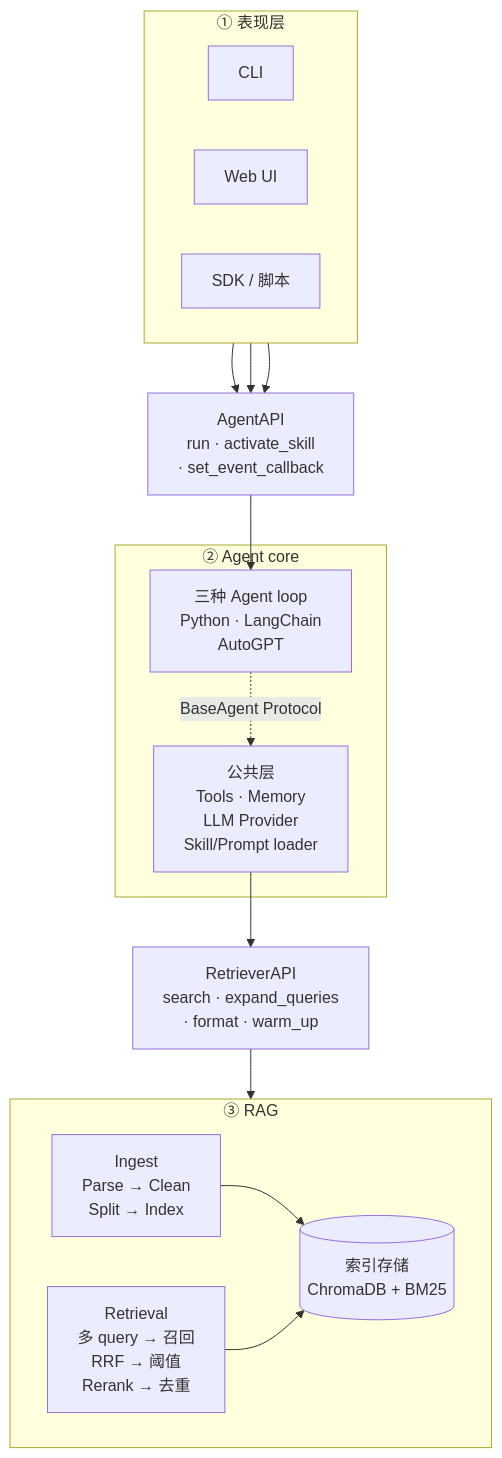
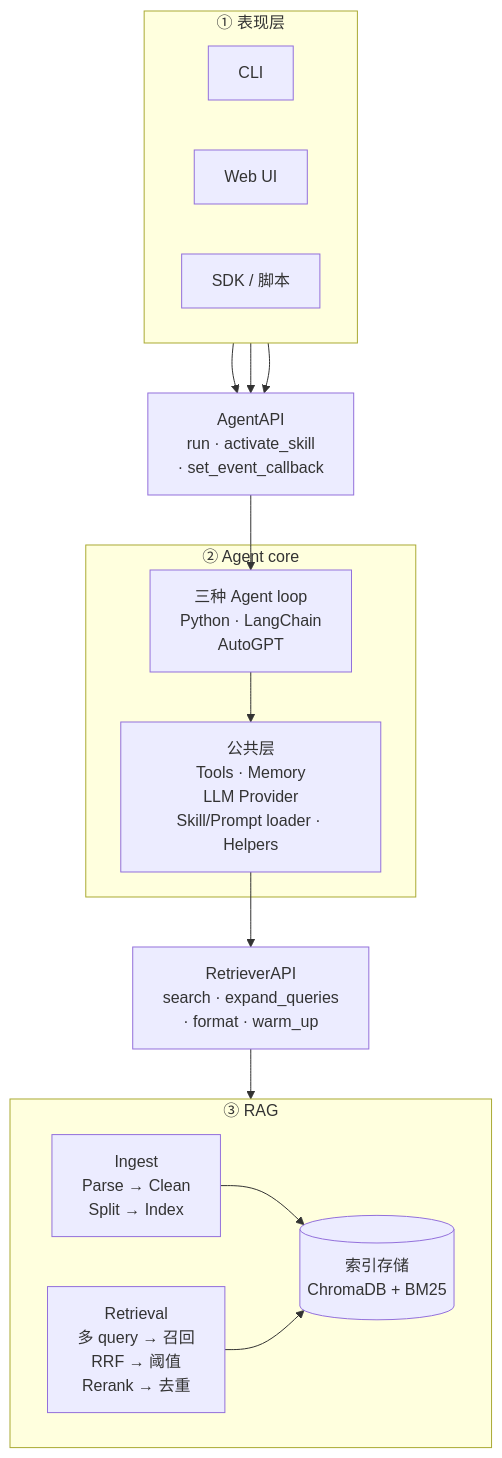
One commit to michaelwangzhenan/AgentA changed the first of 13 diagrams in docs/design.md. Above: the diagram before and after it, drawn with Mermaid. The commit also changed other lines of this file and 33 other files, not shown here.

````diff
--- a/docs/design.md
+++ b/docs/design.md
@@ -27,35 +27,35 @@
 ```mermaid
 flowchart TB
     subgraph PRESENT["① 表现层"]
         direction LR
         CLI["CLI"]
         WEB["Web UI"]
         SDK["SDK / 脚本"]
     end
 
     AAPI["AgentAPI<br/>run · activate_skill<br/>· set_event_callback"]
 
     subgraph AGENT["② Agent core"]
         IMP["三种 Agent loop<br/>Python · LangChain<br/>AutoGPT"]
-        SHARED["公共层<br/>Tools · Memory<br/>LLM Provider<br/>Skill/Prompt loader"]
-        IMP -.->|"BaseAgent Protocol"| SHARED
+        SHARED["公共层<br/>Tools · Memory<br/>LLM Provider<br/>Skill/Prompt loader · Helpers"]
+        IMP --> SHARED
     end
 
     RAPI["RetrieverAPI<br/>search · expand_queries<br/>· format · warm_up"]
 
     subgraph RAG_BOX["③ RAG"]
         direction LR
         ING["Ingest<br/>Parse → Clean<br/>Split → Index"]
         IDX[("索引存储<br/>ChromaDB + BM25")]
         RET["Retrieval<br/>多 query → 召回<br/>RRF → 阈值<br/>Rerank → 去重"]
         ING --> IDX
         RET --> IDX
     end
 
     CLI --> AAPI
     WEB --> AAPI
     SDK --> AAPI
     AAPI --> IMP
     SHARED --> RAPI
     RAPI --> RET
 ```
````
